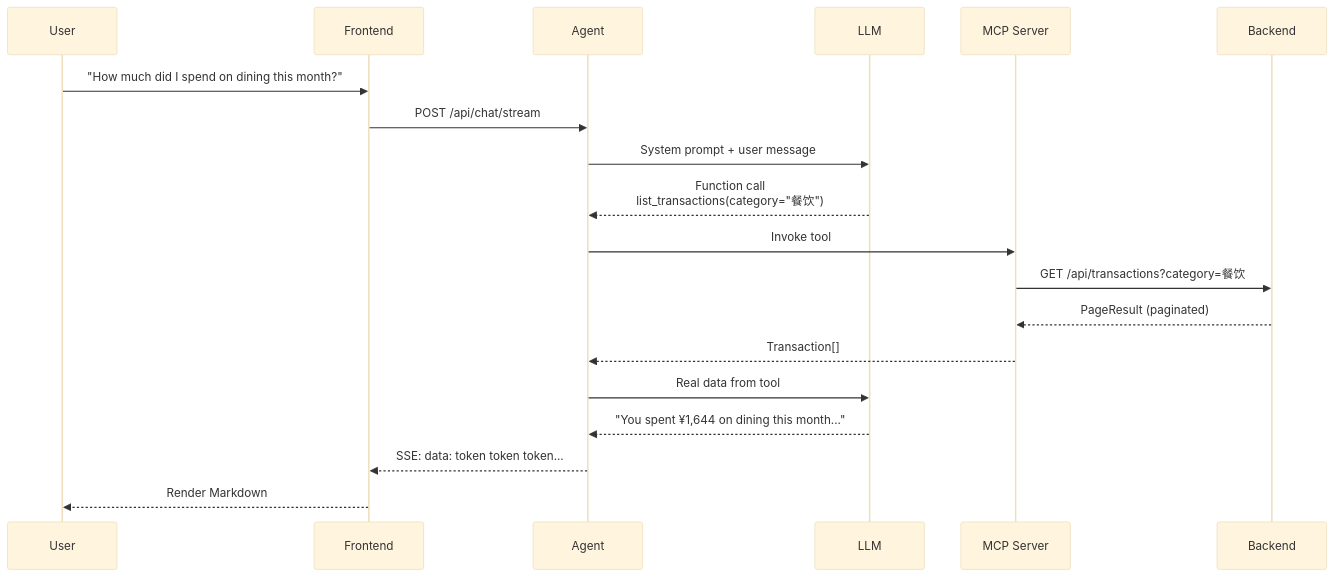
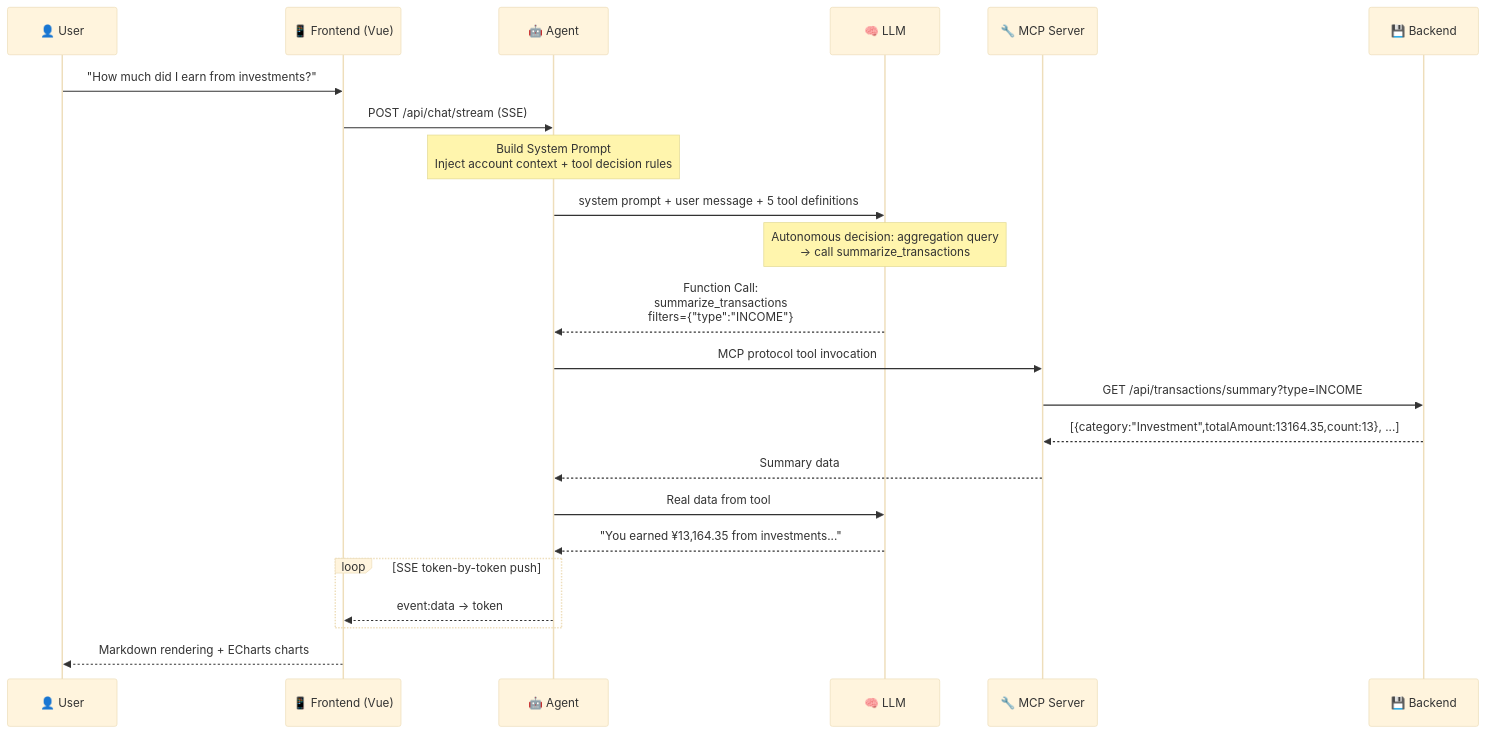
The second of 5 diagrams in README_EN.md (reallyhwc/test-learn-agent), drawn with Mermaid (base theme) before and after one commit. The commit also changed other lines of this file, not shown here.

Commit message:
docs: sync English README with latest architecture and features

````diff
--- a/README_EN.md
+++ b/README_EN.md
@@ -52,22 +58,31 @@
 ```mermaid
 sequenceDiagram
-    participant U as User
-    participant F as Frontend
-    participant A as Agent
-    participant L as LLM
-    participant M as MCP Server
-    participant B as Backend
+    participant U as 👤 User
+    participant F as 📱 Frontend (Vue)
+    participant A as 🤖 Agent
+    participant L as 🧠 LLM
+    participant M as 🔧 MCP Server
+    participant B as 💾 Backend
 
-    U->>F: "How much did I spend on dining this month?"
-    F->>A: POST /api/chat/stream
-    A->>L: System prompt + user message
-    L-->>A: Function call<br/>list_transactions(category="餐饮")
-    A->>M: Invoke tool
-    M->>B: GET /api/transactions?category=餐饮
-    B-->>M: PageResult (paginated)
-    M-->>A: Transaction[]
+    U->>F: "How much did I earn from investments?"
+    F->>A: POST /api/chat/stream (SSE)
+    
+    Note over A: Build System Prompt<br/>Inject account context + tool decision rules
+    A->>L: system prompt + user message + 5 tool definitions
+    
+    Note over L: Autonomous decision: aggregation query<br/>→ call summarize_transactions
+    L-->>A: Function Call:<br/>summarize_transactions<br/>filters={"type":"INCOME"}
+    
+    A->>M: MCP protocol tool invocation
+    M->>B: GET /api/transactions/summary?type=INCOME
+    B-->>M: [{category:"Investment",totalAmount:13164.35,count:13}, ...]
+    M-->>A: Summary data
+    
     A->>L: Real data from tool
-    L-->>A: "You spent ¥1,644 on dining this month..."
-    A-->>F: SSE: data: token token token...
-    F-->>U: Render Markdown
+    L-->>A: "You earned ¥13,164.35 from investments..."
+    
+    loop SSE token-by-token push
+        A-->>F: event:data → token
+    end
+    F-->>U: Markdown rendering + ECharts charts
 ```
````
